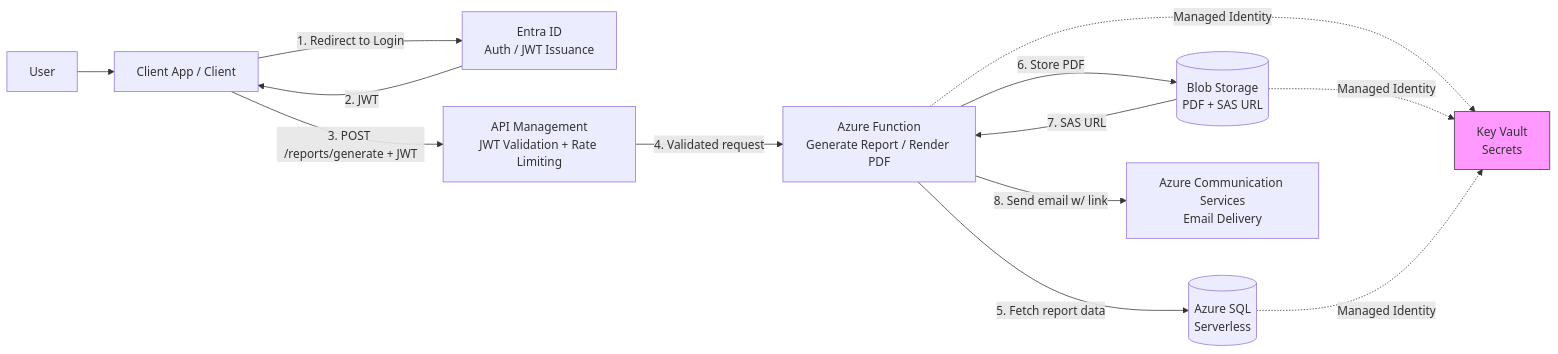
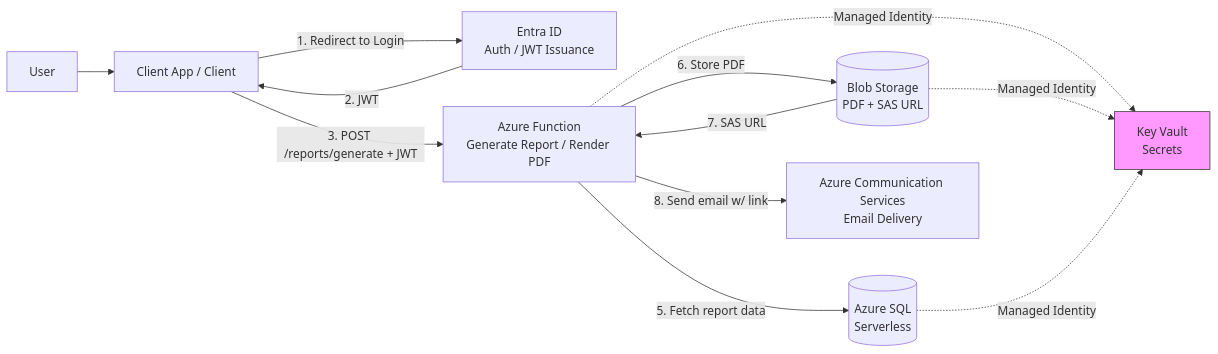
One commit to maxim-grin/azure_report_portal changed the first of 4 diagrams in CLOUDS.md. Above: the diagram before and after it, drawn with Mermaid. The commit also changed other lines of this file and 18 other files, not shown here.

````diff
--- a/CLOUDS.md
+++ b/CLOUDS.md
@@ -9,27 +9,25 @@
 ```mermaid
 flowchart LR
     User[User]
     Client[Client App / Client]
     Entra[Entra ID<br/>Auth / JWT Issuance]
-    APIM[API Management<br/>JWT Validation + Rate Limiting]
     Func[Azure Function<br/>Generate Report / Render PDF]
     SQL[(Azure SQL<br/>Serverless)]
     Blob[(Blob Storage<br/>PDF + SAS URL)]
     ACS[Azure Communication Services<br/>Email Delivery]
     KV[Key Vault<br/>Secrets]
 
     User --> Client
     Client -->|1. Redirect to Login| Entra
     Entra -->|2. JWT| Client
-    Client -->|3. POST /reports/generate + JWT| APIM
-    APIM -->|4. Validated request| Func
+    Client -->|3. POST /reports/generate + JWT| Func
     Func -->|5. Fetch report data| SQL
     Func -->|6. Store PDF| Blob
     Blob -->|7. SAS URL| Func
     Func -->|8. Send email w/ link| ACS
     Func -.->|Managed Identity| KV
     Blob -.->|Managed Identity| KV
     SQL -.->|Managed Identity| KV
 
     style KV fill:#f9f,stroke:#333
 ```
````
